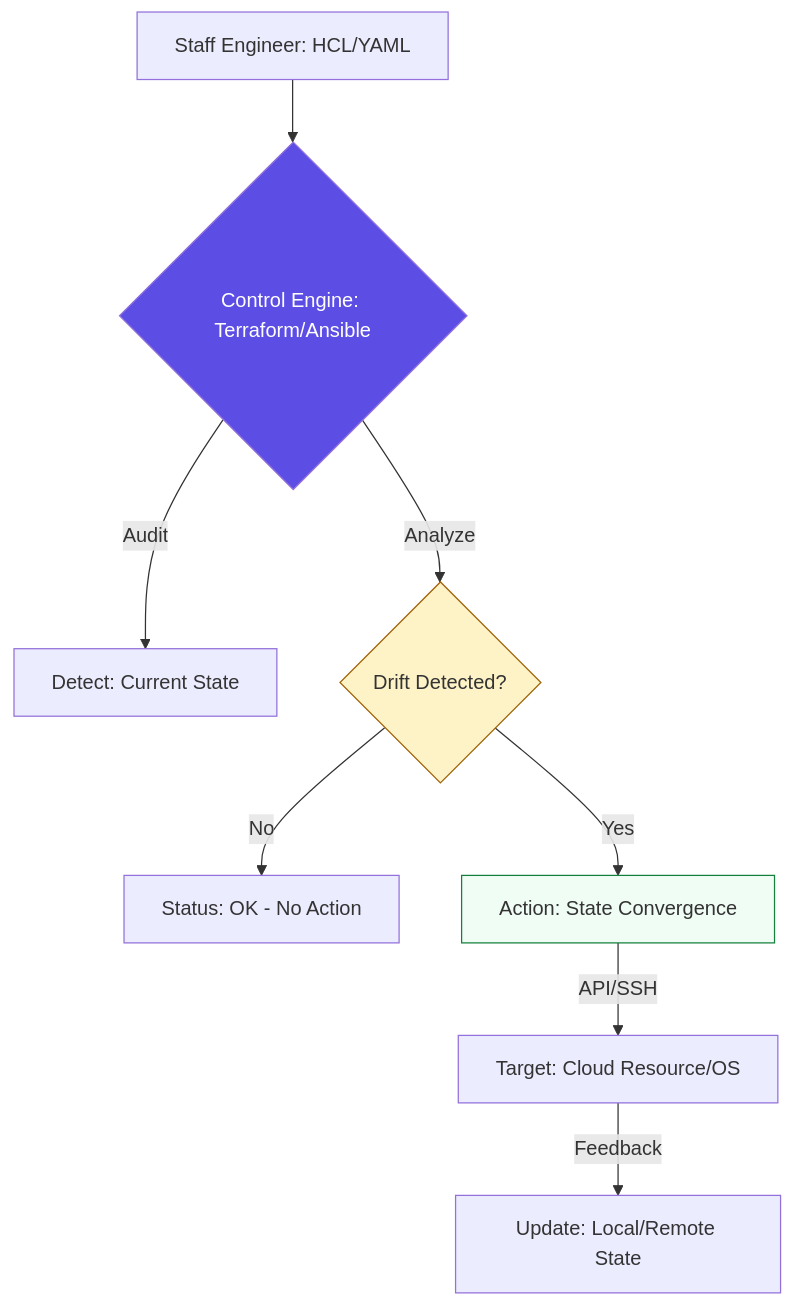
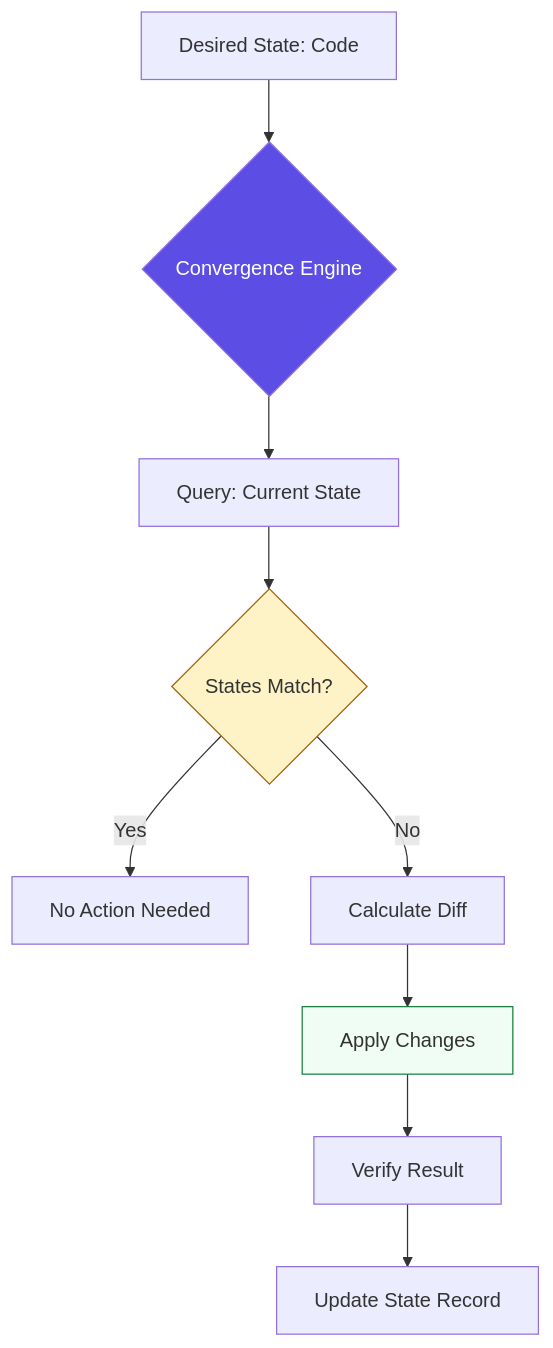
Before and after one commit to Ganil151/Devops: the first of 3 diagrams in 02-intermediate/02-phase-2/01-infrastructure-automation/02-config-management/01-introduction/readme.md, drawn with Mermaid. The commit also changed other lines of this file, not shown here.

````diff
--- a/02-intermediate/02-phase-2/01-infrastructure-automation/02-config-management/01-introduction/readme.md
+++ b/02-intermediate/02-phase-2/01-infrastructure-automation/02-config-management/01-introduction/readme.md
@@ -64,14 +89,15 @@
 ```mermaid
 graph TD
-    A[Staff Engineer: HCL/YAML] --> B{Control Engine: Terraform/Ansible}
-    B -- Audit --> C[Detect: Current State]
-    B -- Analyze --> D{Drift Detected?}
-    D -- No --> E[Status: OK - No Action]
-    D -- Yes --> F[Action: State Convergence]
-    F -- API/SSH --> G[Target: Cloud Resource/OS]
-    G -- Feedback --> H[Update: Local/Remote State]
+    A[Desired State: Code] --> B{Convergence Engine}
+    B --> C[Query: Current State]
+    C --> D{States Match?}
+    D -->|Yes| E[No Action Needed]
+    D -->|No| F[Calculate Diff]
+    F --> G[Apply Changes]
+    G --> H[Verify Result]
+    H --> I[Update State Record]
     
     style B fill:#5c4ee5,color:#fff
     style D fill:#fef3c7,stroke:#a16207
-    style F fill:#f0fdf4,stroke:#15803d
+    style G fill:#f0fdf4,stroke:#15803d
 ```
````
